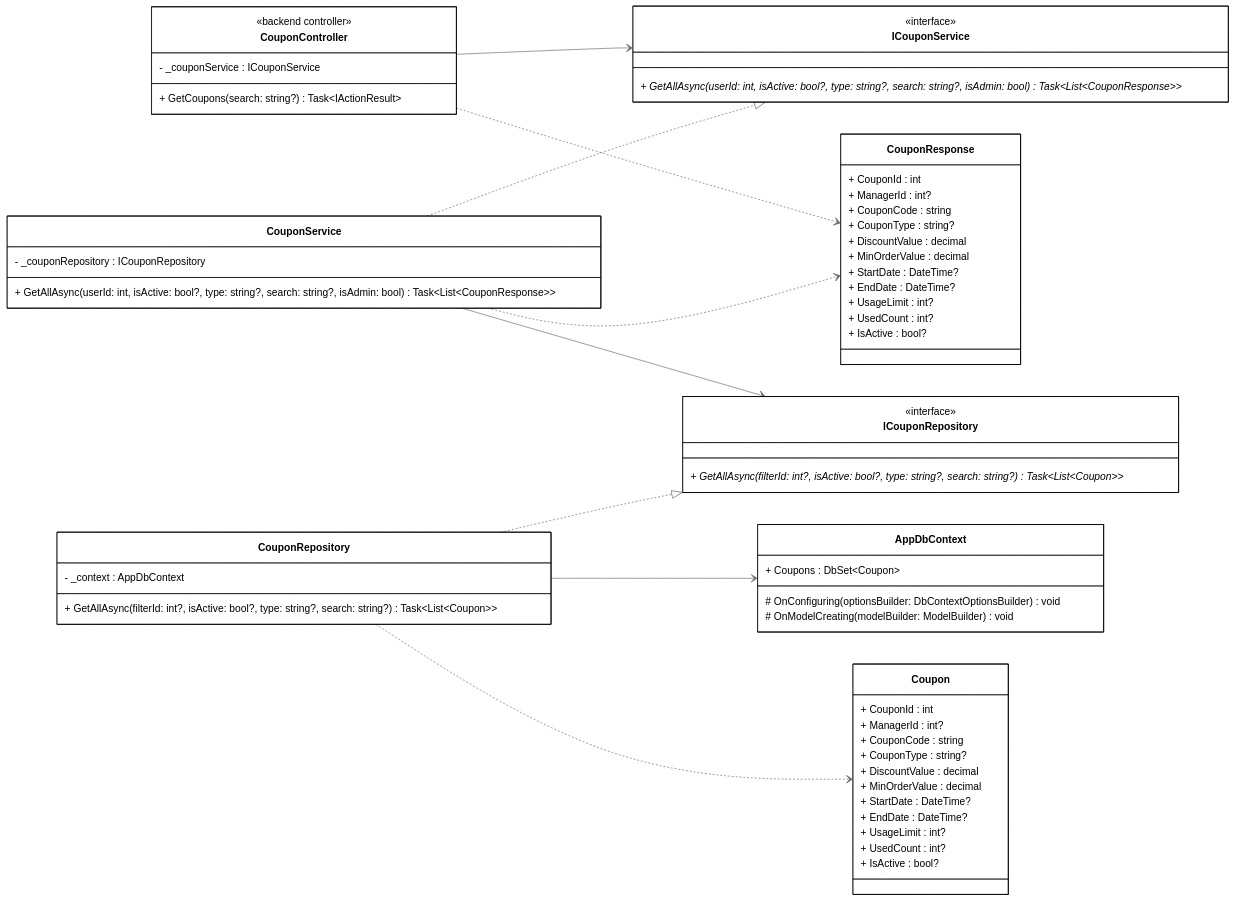
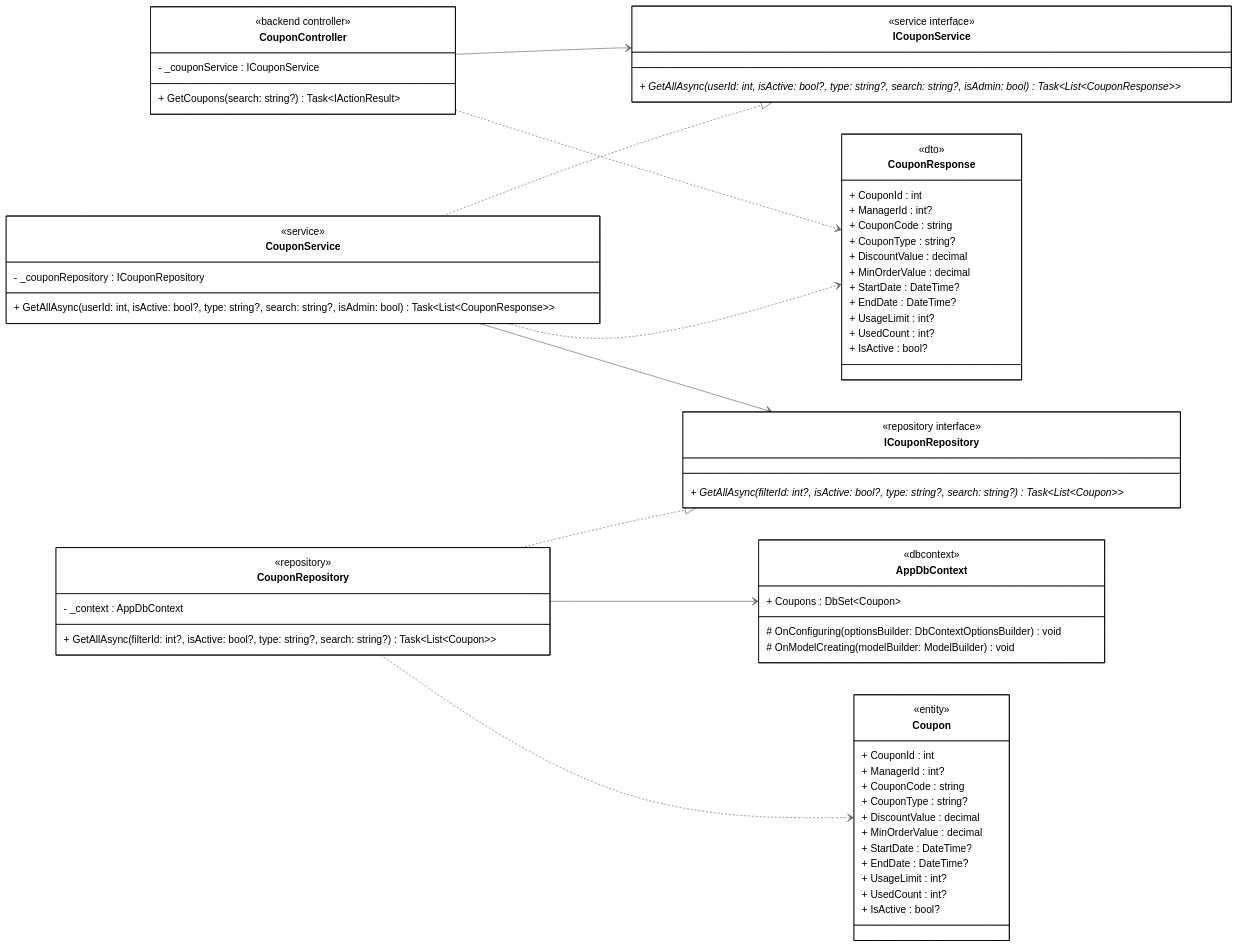
Before and after one commit to 1000do/Linked: the diagram in diagrams/class_mermaid/manage_coupon/cls_mm_search_coupon.mmd, drawn with Mermaid (neutral theme). The commit also changed 28 other files, not shown here.

```diff
--- a/diagrams/class_mermaid/manage_coupon/cls_mm_search_coupon.mmd
+++ b/diagrams/class_mermaid/manage_coupon/cls_mm_search_coupon.mmd
@@ -1,100 +1,105 @@
 classDiagram
 direction LR
 
 %% ==================== BACKEND - CONTROLLER ====================
 
 class CouponController {
     <<backend controller>>
     - _couponService : ICouponService
     
     + GetCoupons(search: string?) Task~IActionResult~
 }
 
 %% ==================== BACKEND - DTOs ====================
 
 class CouponResponse {
+    <<dto>>
     + CouponId : int
     + ManagerId : int?
     + CouponCode : string
     + CouponType : string?
     + DiscountValue : decimal
     + MinOrderValue : decimal
     + StartDate : DateTime?
     + EndDate : DateTime?
     + UsageLimit : int?
     + UsedCount : int?
     + IsActive : bool?
 }
 
 %% ==================== BACKEND - DOMAIN ENTITIES ====================
 
 class Coupon {
+    <<entity>>
     + CouponId : int
     + ManagerId : int?
     + CouponCode : string
     + CouponType : string?
     + DiscountValue : decimal
     + MinOrderValue : decimal
     + StartDate : DateTime?
     + EndDate : DateTime?
     + UsageLimit : int?
     + UsedCount : int?
     + IsActive : bool?
 }
 
 %% ==================== BACKEND - SERVICE INTERFACES ====================
 
 class ICouponService {
-    <<interface>>
+    <<service interface>>
     + GetAllAsync(userId: int, isActive: bool?, type: string?, search: string?, isAdmin: bool) Task~List~CouponResponse~~ *
 }
 
 class ICouponRepository {
-    <<interface>>
+    <<repository interface>>
     + GetAllAsync(filterId: int?, isActive: bool?, type: string?, search: string?) Task~List~Coupon~~ *
 }
 
 %% ==================== BACKEND - SERVICE IMPLEMENTATION ====================
 
 class CouponService {
+    <<service>>
     - _couponRepository : ICouponRepository
     
     + GetAllAsync(userId: int, isActive: bool?, type: string?, search: string?, isAdmin: bool) Task~List~CouponResponse~~
 }
 
 %% ==================== BACKEND - REPOSITORY IMPLEMENTATION ====================
 
 class CouponRepository {
+    <<repository>>
     - _context : AppDbContext
     
     + GetAllAsync(filterId: int?, isActive: bool?, type: string?, search: string?) Task~List~Coupon~~
 }
 
 %% ==================== BACKEND - DbContext ====================
 
 class AppDbContext {
+    <<dbcontext>>
     + Coupons : DbSet~Coupon~
     
     # OnConfiguring(optionsBuilder: DbContextOptionsBuilder) void
     # OnModelCreating(modelBuilder: ModelBuilder) void
 }
 
 %% ==================== RELATIONSHIPS ====================
 
 %% === UNIDIRECTIONAL ASSOCIATION (solid arrow) ===
 CouponController --> ICouponService
 CouponService --> ICouponRepository
 CouponRepository --> AppDbContext
 
 %% === INTERFACE REALIZATION ===
 CouponService ..|> ICouponService
 CouponRepository ..|> ICouponRepository
 
 %% === DEPENDENCY (dashed arrows) ===
 CouponController ..> CouponResponse
 CouponService ..> CouponResponse
 CouponRepository ..> Coupon
 
 %% ==================== STYLES ====================
 
 classDef default fill:#FFFFFF,stroke:#000000,stroke-width:1px,color:#000000
```
